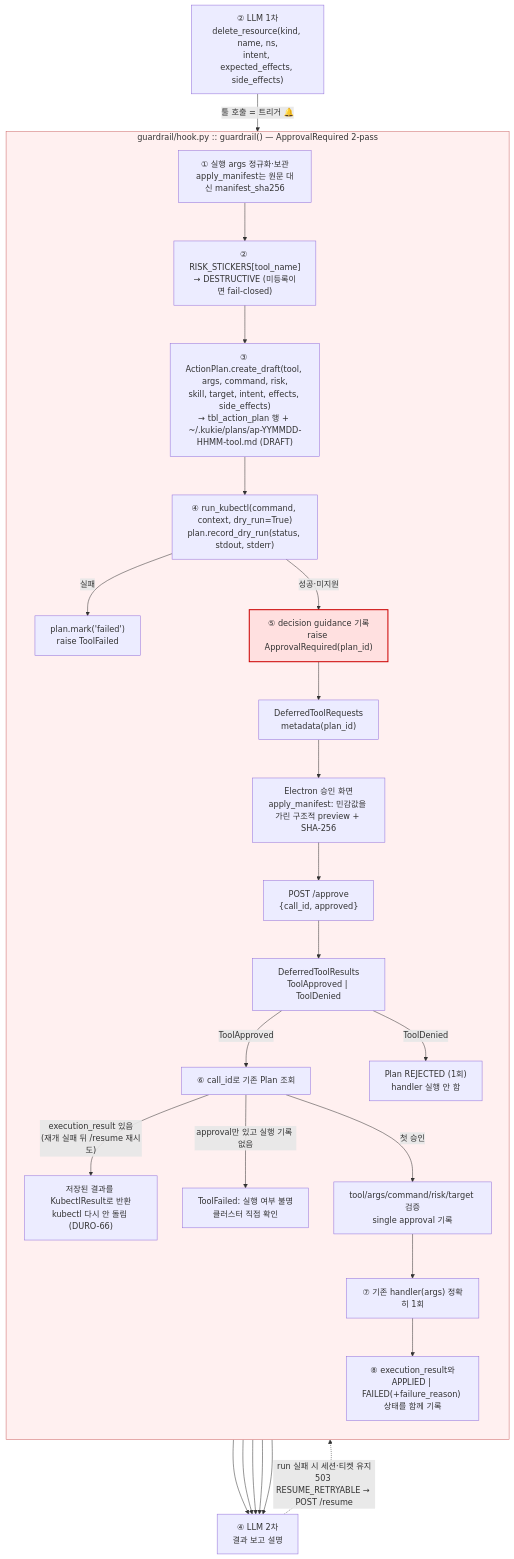
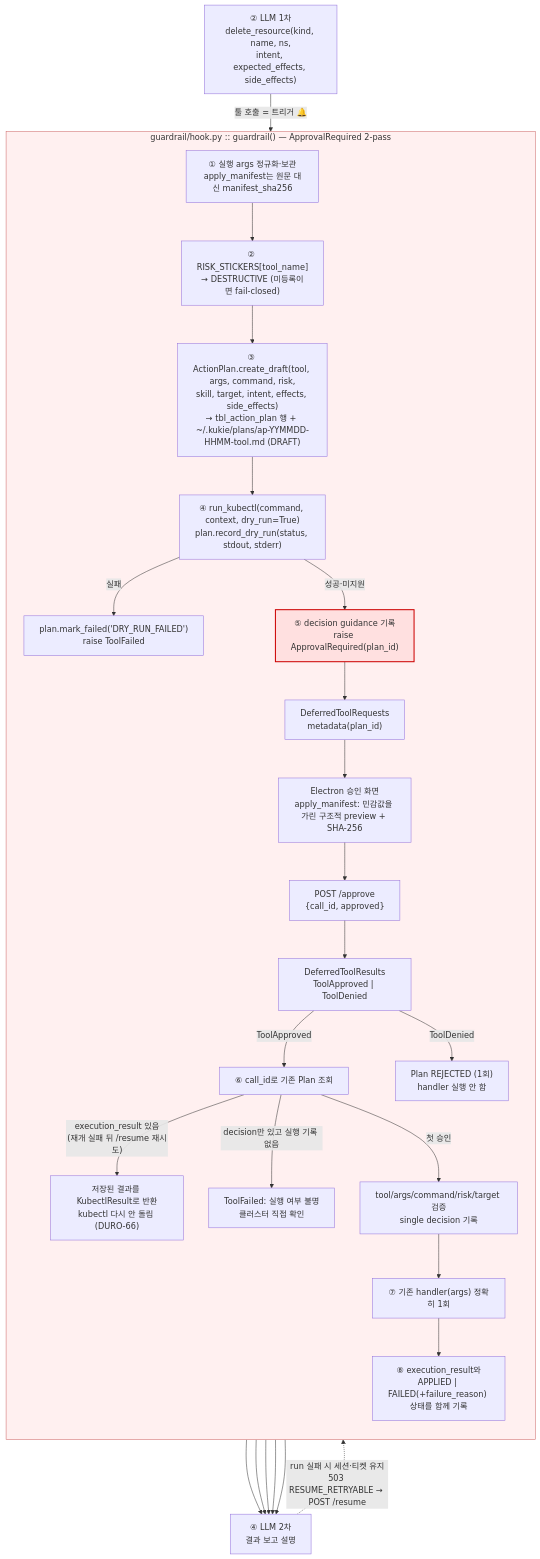
Before and after one commit to durokukie/agent: the second of 3 diagrams in docs/agent-flow.md, drawn with Mermaid. The commit also changed 4 other files, not shown here.

````diff
--- a/docs/agent-flow.md
+++ b/docs/agent-flow.md
@@ -51,36 +51,36 @@
 ```mermaid
 flowchart TD
     L1["② LLM 1차<br/>delete_resource(kind, name, ns,<br/>intent, expected_effects, side_effects)"]
     L1 -->|"툴 호출 = 트리거 🔔"| H
 
     subgraph H["guardrail/hook.py :: guardrail() — ApprovalRequired 2-pass"]
         direction TB
         H1["① 실행 args 정규화·보관<br/>apply_manifest는 원문 대신 manifest_sha256"]
         H1 --> H2["② RISK_STICKERS[tool_name]<br/>→ DESTRUCTIVE (미등록이면 fail-closed)"]
         H2 --> H3["③ ActionPlan.create_draft(tool, args, command, risk,<br/>skill, target, intent, effects, side_effects)<br/>→ tbl_action_plan 행 + ~/.kukie/plans/ap-YYMMDD-HHMM-tool.md (DRAFT)"]
         H3 --> H4["④ run_kubectl(command, context, dry_run=True)<br/>plan.record_dry_run(status, stdout, stderr)"]
-        H4 -->|"실패"| H4F["plan.mark('failed')<br/>raise ToolFailed"]
+        H4 -->|"실패"| H4F["plan.mark_failed('DRY_RUN_FAILED')<br/>raise ToolFailed"]
         H4 -->|"성공·미지원"| H5["⑤ decision guidance 기록<br/>raise ApprovalRequired(plan_id)"]
         H5 --> P["DeferredToolRequests<br/>metadata(plan_id)"]
         P --> E["Electron 승인 화면<br/>apply_manifest: 민감값을 가린 구조적 preview + SHA-256"]
         E --> A["POST /approve<br/>{call_id, approved}"]
         A --> D["DeferredToolResults<br/>ToolApproved | ToolDenied"]
         D -->|"ToolApproved"| H5P["⑥ call_id로 기존 Plan 조회"]
         H5P -->|"execution_result 있음<br/>(재개 실패 뒤 /resume 재시도)"| H5X["저장된 결과를 KubectlResult로 반환<br/>kubectl 다시 안 돌림 (DURO-66)"]
-        H5P -->|"approval만 있고 실행 기록 없음"| H5U["ToolFailed: 실행 여부 불명<br/>클러스터 직접 확인"]
-        H5P -->|"첫 승인"| H5A["tool/args/command/risk/target 검증<br/>single approval 기록"]
+        H5P -->|"decision만 있고 실행 기록 없음"| H5U["ToolFailed: 실행 여부 불명<br/>클러스터 직접 확인"]
+        H5P -->|"첫 승인"| H5A["tool/args/command/risk/target 검증<br/>single decision 기록"]
         D -->|"ToolDenied"| H5R["Plan REJECTED (1회)<br/>handler 실행 안 함"]
         H5A --> H6["⑦ 기존 handler(args) 정확히 1회"]
         H6 --> H7["⑧ execution_result와<br/>APPLIED | FAILED(+failure_reason) 상태를 함께 기록"]
     end
 
     H7 --> L2["④ LLM 2차<br/>결과 보고 설명"]
     H5X --> L2
     H5U --> L2
     H4F --> L2
     H5R --> L2
     L2 -.->|"run 실패 시 세션·티켓 유지<br/>503 RESUME_RETRYABLE → POST /resume"| A
 
     style H fill:#fff0f0,stroke:#c66
     style H5 fill:#ffe0e0,stroke:#c00,stroke-width:2px
 ```
````
